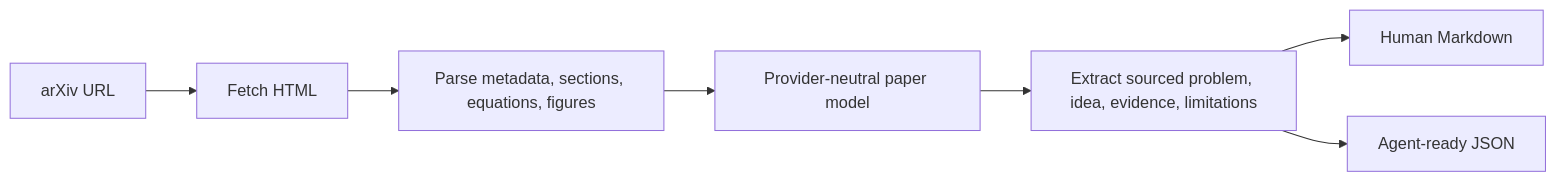
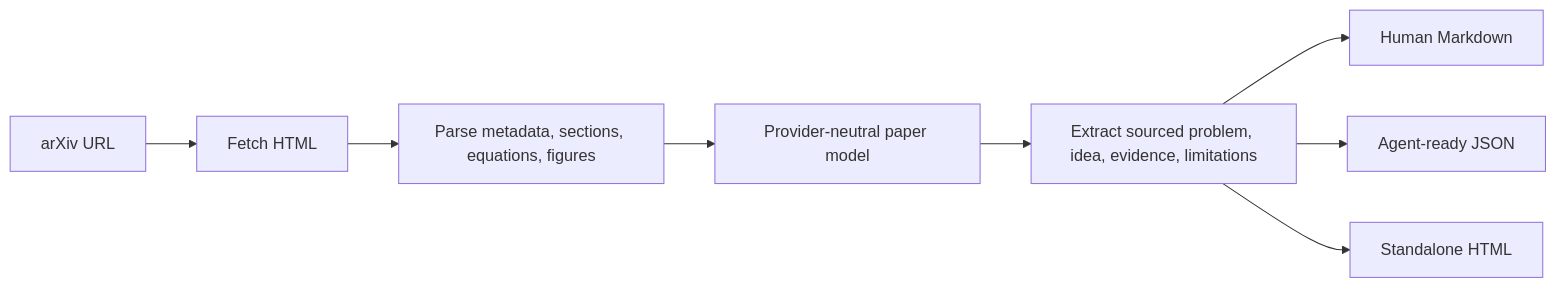
Before and after one commit to emilsmeznieks/RPL: the diagram in README.md, drawn with Mermaid. The commit also changed other lines of this file and 6 other files, not shown here.

Commit message:
Add standalone HTML learning cards

````diff
--- a/README.md
+++ b/README.md
@@ -53,9 +56,10 @@
 ```mermaid
 flowchart LR
   A["arXiv URL"] --> B["Fetch HTML"]
   B --> C["Parse metadata, sections, equations, figures"]
   C --> D["Provider-neutral paper model"]
   D --> E["Extract sourced problem, idea, evidence, limitations"]
   E --> F["Human Markdown"]
   E --> G["Agent-ready JSON"]
+  E --> H["Standalone HTML"]
 ```
````
